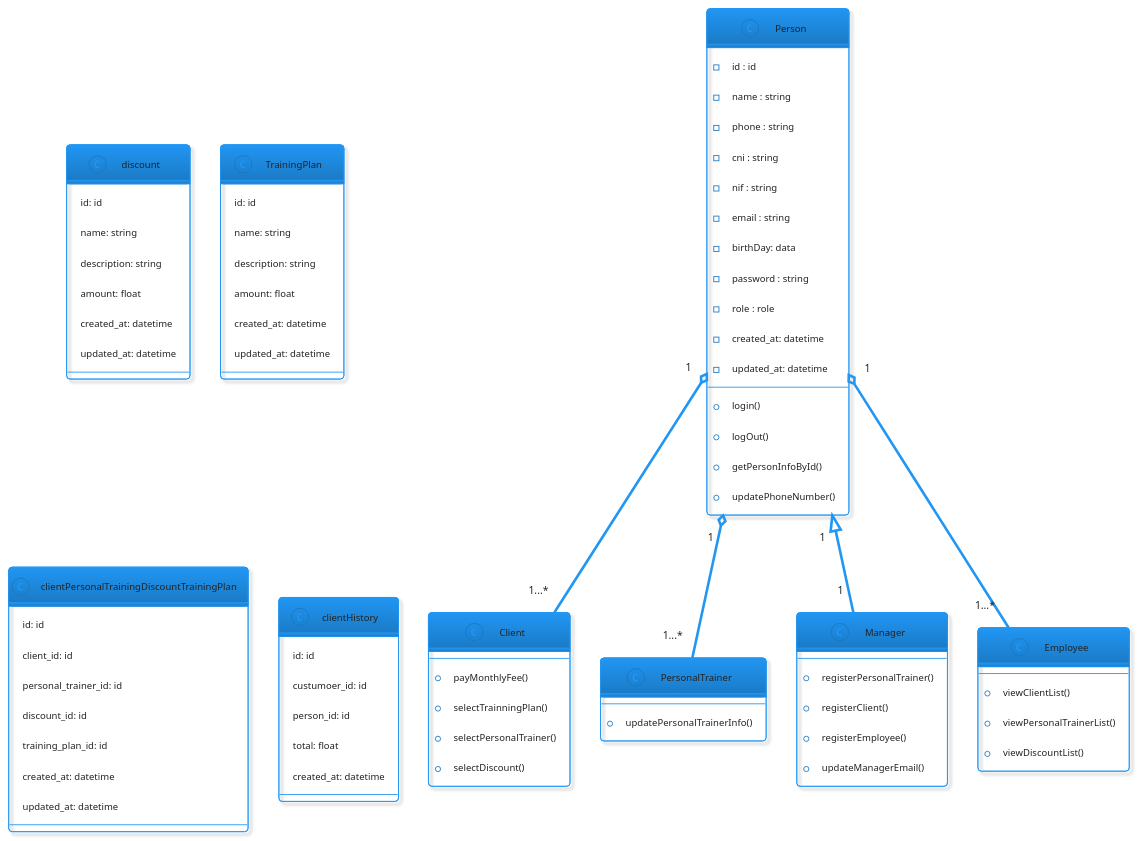
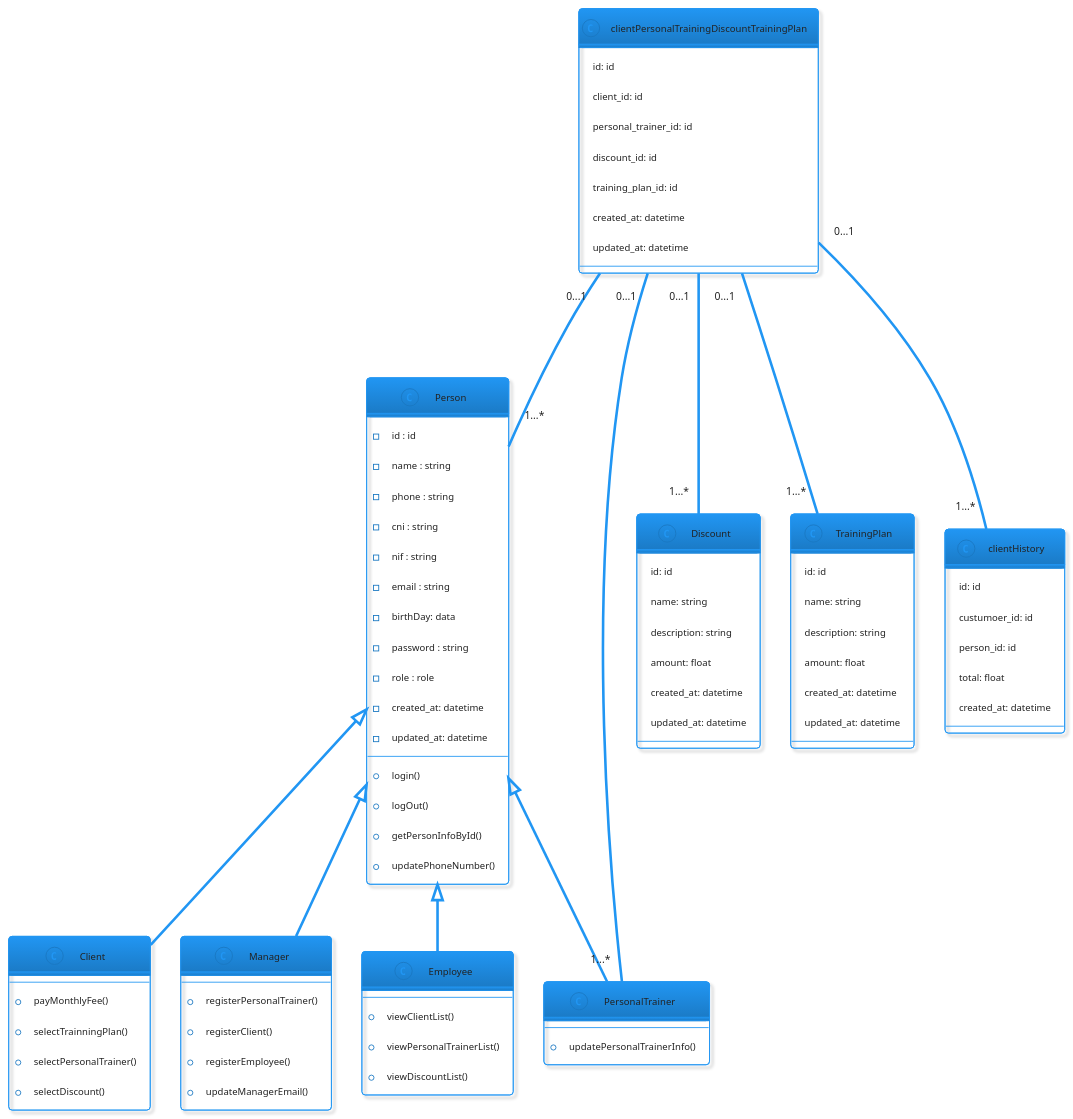
The diagram in diagram/main/Class/classtes.puml (bosshentai/tccCode), drawn with PlantUML before and after one commit.

Commit message:
the class diagram have been done for now

```diff
--- a/diagram/main/Class/classtes.puml
+++ b/diagram/main/Class/classtes.puml
@@ -1,126 +1,117 @@
 @startuml Nogain
 !theme materia-outline
 
 class Person {
   - id : id
   -name : string
   -phone : string
   -cni : string
   -nif : string
   -email : string
   -birthDay: data
   -password : string
   -role : role
   -created_at: datetime
   -updated_at: datetime
 
   +login()
   +logOut()
   +getPersonInfoById()
   +updatePhoneNumber()
 
-
-
 }
 
-
 class Client {
-
-
-
   +payMonthlyFee()
   +selectTrainningPlan()
   +selectPersonalTrainer()
   +selectDiscount()
 }
 
 
 class PersonalTrainer {
-
   +updatePersonalTrainerInfo()
 
 }
 
 
 class Manager {
-
   +registerPersonalTrainer()
   +registerClient()
   +registerEmployee()
   +updateManagerEmail()
 }
 
 
 class Employee {
 
   +viewClientList()
   +viewPersonalTrainerList()
   +viewDiscountList()
-
-
-
 }
 
 
 
-class discount {
+class Discount {
   id: id
   name: string
   description: string
   amount: float
   created_at: datetime
   updated_at: datetime
 }
 
 class TrainingPlan {
   id: id
   name: string
   description: string
   amount: float
   created_at: datetime
   updated_at: datetime
 }
 
 
 class clientPersonalTrainingDiscountTrainingPlan {
   id: id
   client_id: id
   personal_trainer_id: id
   discount_id: id
   training_plan_id: id
   created_at: datetime
   updated_at: datetime
 }
 
 class clientHistory {
   id: id
   custumoer_id: id
   person_id: id
   total: float
   created_at: datetime
 }
 
 
 ' enum Role {
 '   MANAGER
 '   EMPLOYEE
 '   CUSTOMER
 ' }
 
 ' Person --- Role
 
+' confirma se inheritance or aggregation
 
-Person "1" o-- "1...*" Client
-Person "1" o-- "1...*" PersonalTrainer
-Person "1" <|-- "1" Manager
-Person "1" o-- "1...*" Employee
+Person  <|--  Client
+Person  <|--  PersonalTrainer
+Person  <|--  Manager
+Person  <|--  Employee
 
 ' clientHistory <|-- Client
 ' clientHistory <|-- Person
 
-' clientPersonalTrainingDiscountTrainingPlan <|-- Person
-' clientPersonalTrainingDiscountTrainingPlan <|-- PersonalTrainer
-' clientPersonalTrainingDiscountTrainingPlan <|-- discount
-' clientPersonalTrainingDiscountTrainingPlan <|-- TrainingPlan
+clientPersonalTrainingDiscountTrainingPlan "0...1" --- "1...*" Person
+clientPersonalTrainingDiscountTrainingPlan "0...1" --- "1...*" PersonalTrainer
+clientPersonalTrainingDiscountTrainingPlan "0...1" --- "1...*" Discount
+clientPersonalTrainingDiscountTrainingPlan "0...1" --- "1...*" TrainingPlan
+clientPersonalTrainingDiscountTrainingPlan "0...1"--- "1...*" clientHistory
 
 @enduml
```
